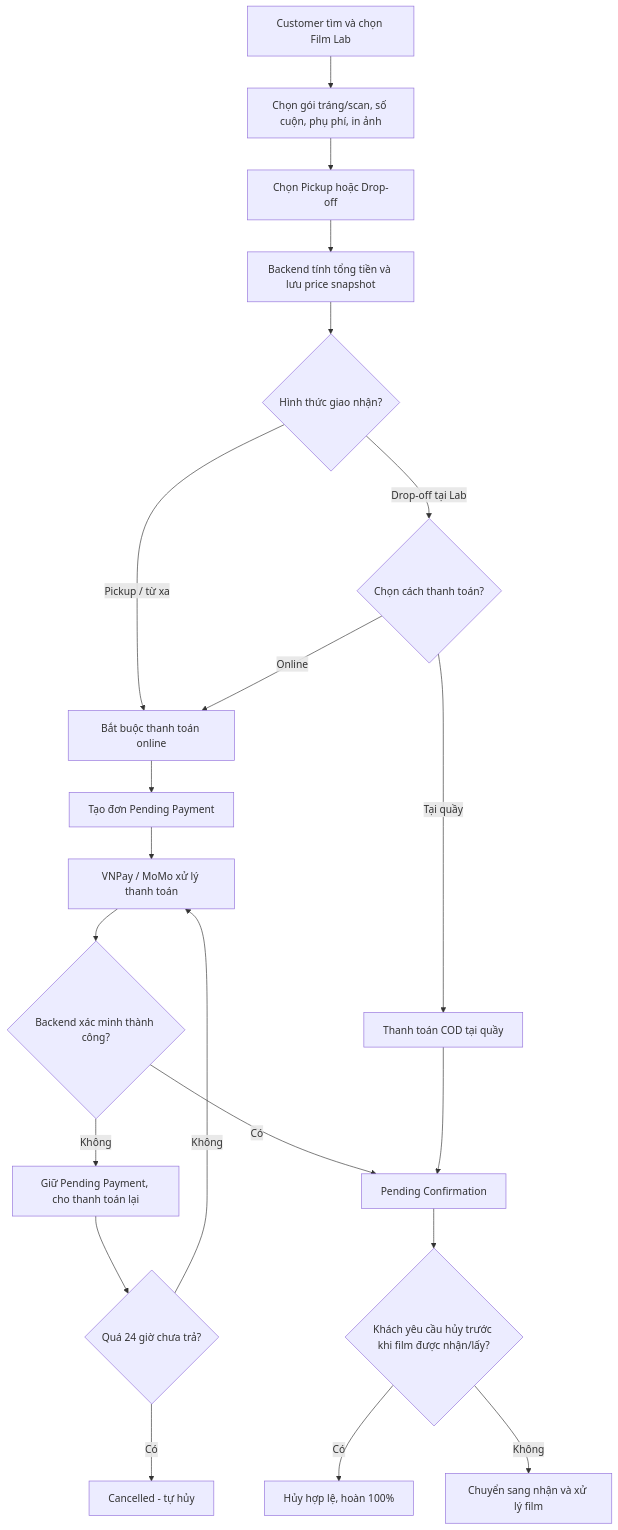
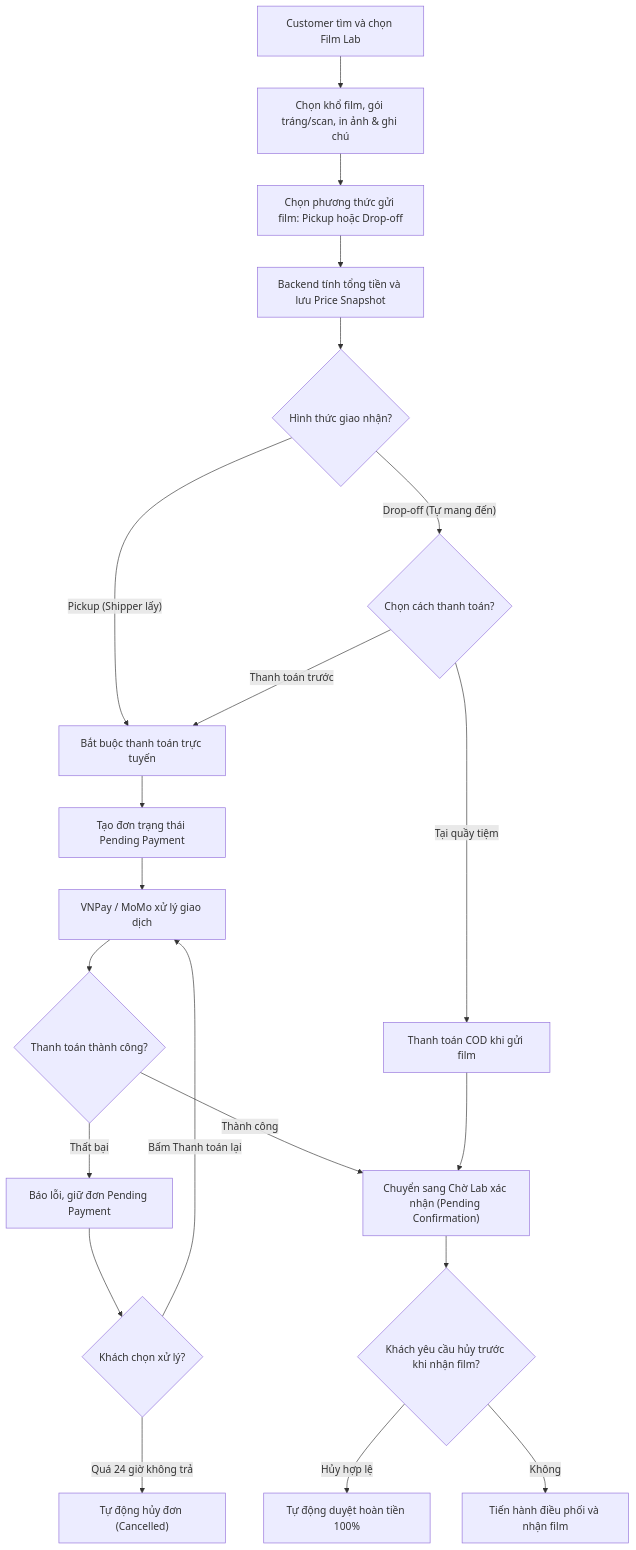
Before and after one commit to huylamnhat/Photographer-enthusiastic-environment: the third of 6 diagrams in doc/week 2/sơ đồ kiến trúc & triển khai.md, drawn with Mermaid. The commit also changed other lines of this file and 3 other files, not shown here.

````diff
--- a/doc/week 2/sơ đồ kiến trúc & triển khai.md
+++ b/doc/week 2/sơ đồ kiến trúc & triển khai.md
@@ -103,23 +166,23 @@
 ```mermaid
 flowchart TD
- A["Customer tìm và chọn Film Lab"] --> B["Chọn gói tráng/scan, số cuộn, phụ phí, in ảnh"]
- B --> C["Chọn Pickup hoặc Drop-off"]
- C --> D["Backend tính tổng tiền và lưu price snapshot"]
- D --> E{"Hình thức giao nhận?"}
- E -->|"Pickup / từ xa"| F["Bắt buộc thanh toán online"]
- E -->|"Drop-off tại Lab"| G{"Chọn cách thanh toán?"}
- G -->|"Tại quầy"| H["Thanh toán COD tại quầy"]
- G -->|"Online"| F
- F --> I["Tạo đơn Pending Payment"]
- I --> J["VNPay / MoMo xử lý thanh toán"]
- J --> K{"Backend xác minh thành công?"}
- K -->|"Không"| L["Giữ Pending Payment, cho thanh toán lại"]
- L --> M{"Quá 24 giờ chưa trả?"}
- M -->|"Có"| N["Cancelled - tự hủy"]
- M -->|"Không"| J
- K -->|"Có"| O["Pending Confirmation"]
- H --> O
- O --> P{"Khách yêu cầu hủy trước khi film được nhận/lấy?"}
- P -->|"Có"| Q["Hủy hợp lệ, hoàn 100%"]
- P -->|"Không"| R["Chuyển sang nhận và xử lý film"]
+    A["Customer tìm và chọn Film Lab"] --> B["Chọn khổ film, gói tráng/scan, in ảnh & ghi chú"]
+    B --> C["Chọn phương thức gửi film: Pickup hoặc Drop-off"]
+    C --> D["Backend tính tổng tiền và lưu Price Snapshot"]
+    D --> E{"Hình thức giao nhận?"}
+    E -->|"Pickup (Shipper lấy)"| F["Bắt buộc thanh toán trực tuyến"]
+    E -->|"Drop-off (Tự mang đến)"| G{"Chọn cách thanh toán?"}
+    G -->|"Tại quầy tiệm"| H["Thanh toán COD khi gửi film"]
+    G -->|"Thanh toán trước"| F
+    F --> I["Tạo đơn trạng thái Pending Payment"]
+    I --> J["VNPay / MoMo xử lý giao dịch"]
+    J --> K{"Thanh toán thành công?"}
+    K -->|"Thất bại"| L["Báo lỗi, giữ đơn Pending Payment"]
+    L --> M{"Khách chọn xử lý?"}
+    M -->|"Bấm Thanh toán lại"| J
+    M -->|"Quá 24 giờ không trả"| N["Tự động hủy đơn (Cancelled)"]
+    K -->|"Thành công"| O["Chuyển sang Chờ Lab xác nhận (Pending Confirmation)"]
+    H --> O
+    O --> P{"Khách yêu cầu hủy trước khi nhận film?"}
+    P -->|"Hủy hợp lệ"| Q["Tự động duyệt hoàn tiền 100%"]
+    P -->|"Không"| R["Tiến hành điều phối và nhận film"]
 ```
````
